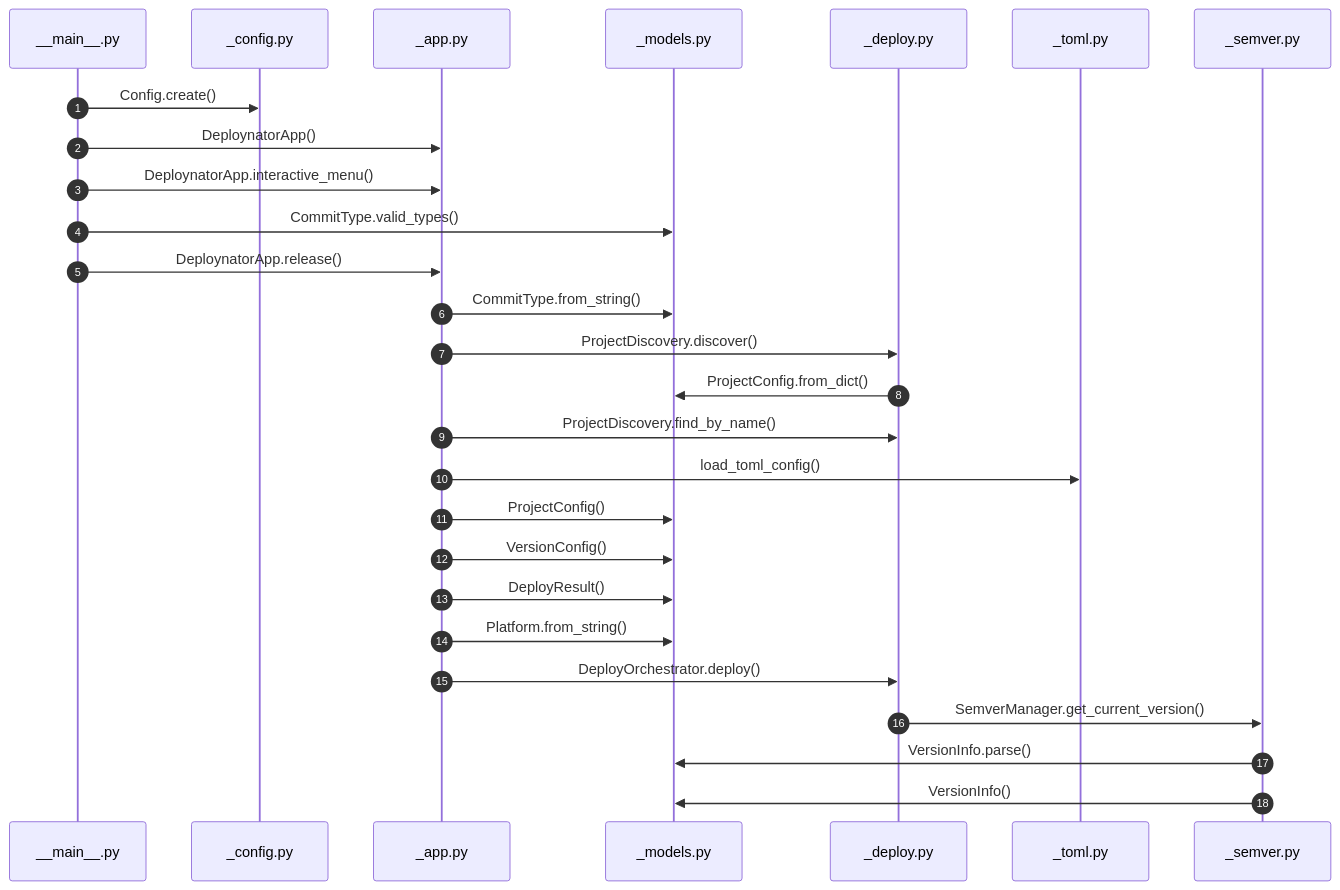
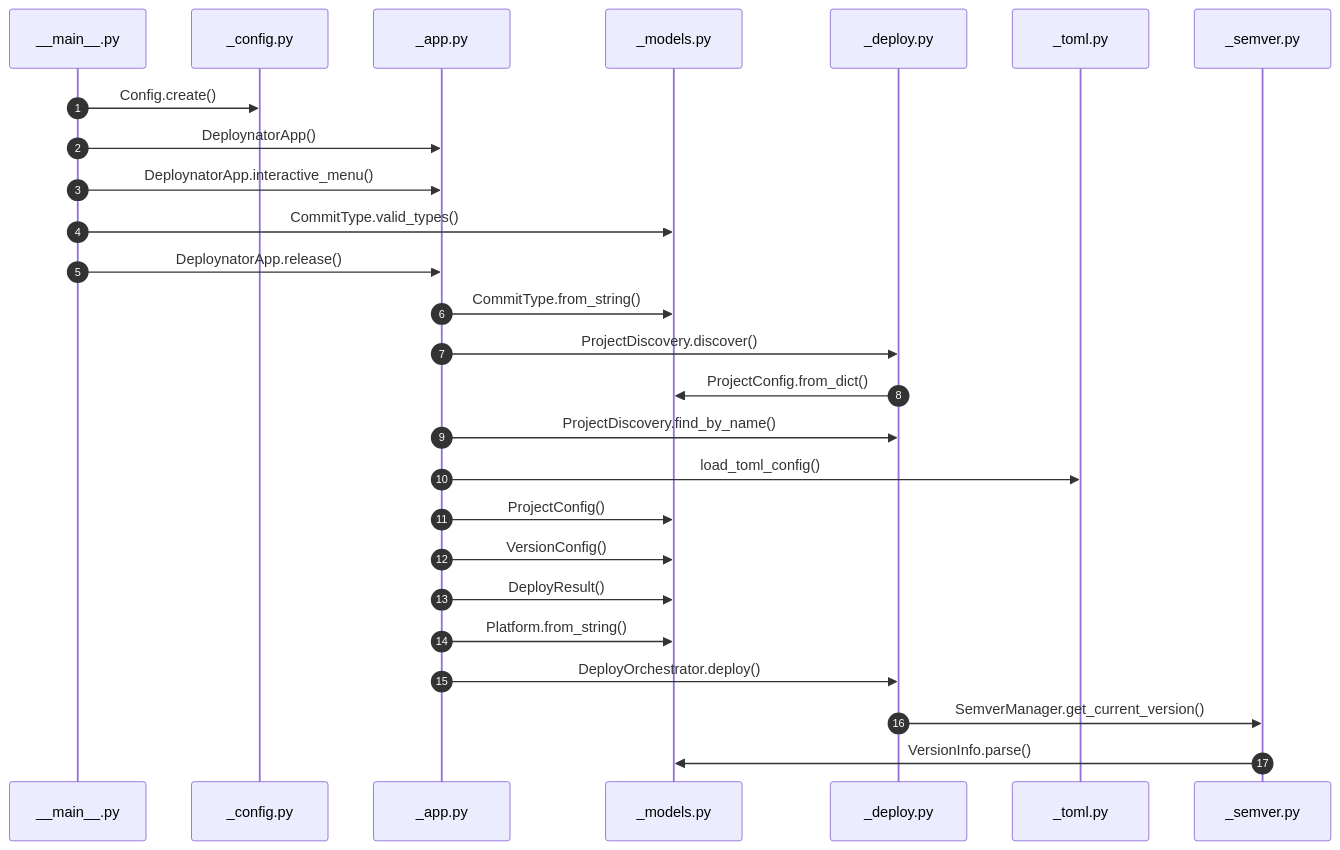
Before and after one commit to grisuno/deploynator: the seventh of 9 diagrams in readmenator-apidocs/architecture.md, drawn with Mermaid. The commit also changed other lines of this file and 82 other files, not shown here.

````diff
--- a/readmenator-apidocs/architecture.md
+++ b/readmenator-apidocs/architecture.md
@@ -399,29 +398,28 @@
 ```mermaid
 sequenceDiagram
     autonumber
     participant p_deploynator___main___py as __main__.py
     participant p_deploynator__config_py as _config.py
     participant p_deploynator__app_py as _app.py
     participant p_deploynator__models_py as _models.py
     participant p_deploynator__deploy_py as _deploy.py
     participant p_deploynator__toml_py as _toml.py
     participant p_deploynator__semver_py as _semver.py
     p_deploynator___main___py->>p_deploynator__config_py: Config.create()
     p_deploynator___main___py->>p_deploynator__app_py: DeploynatorApp()
     p_deploynator___main___py->>p_deploynator__app_py: DeploynatorApp.interactive_menu()
     p_deploynator___main___py->>p_deploynator__models_py: CommitType.valid_types()
     p_deploynator___main___py->>p_deploynator__app_py: DeploynatorApp.release()
     p_deploynator__app_py->>p_deploynator__models_py: CommitType.from_string()
     p_deploynator__app_py->>p_deploynator__deploy_py: ProjectDiscovery.discover()
     p_deploynator__deploy_py->>p_deploynator__models_py: ProjectConfig.from_dict()
     p_deploynator__app_py->>p_deploynator__deploy_py: ProjectDiscovery.find_by_name()
     p_deploynator__app_py->>p_deploynator__toml_py: load_toml_config()
     p_deploynator__app_py->>p_deploynator__models_py: ProjectConfig()
     p_deploynator__app_py->>p_deploynator__models_py: VersionConfig()
     p_deploynator__app_py->>p_deploynator__models_py: DeployResult()
     p_deploynator__app_py->>p_deploynator__models_py: Platform.from_string()
     p_deploynator__app_py->>p_deploynator__deploy_py: DeployOrchestrator.deploy()
     p_deploynator__deploy_py->>p_deploynator__semver_py: SemverManager.get_current_version()
     p_deploynator__semver_py->>p_deploynator__models_py: VersionInfo.parse()
-    p_deploynator__semver_py->>p_deploynator__models_py: VersionInfo()
 ```
````
